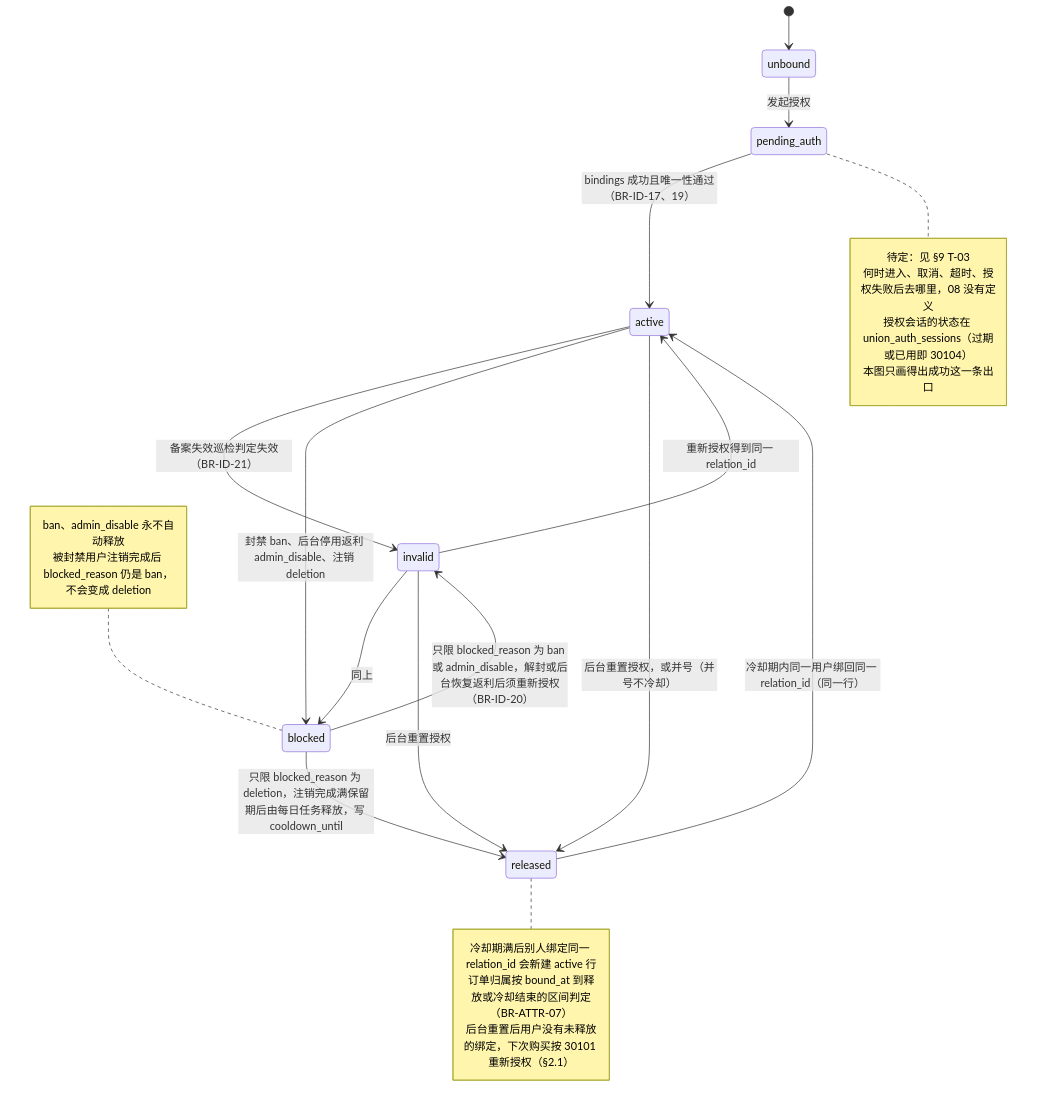
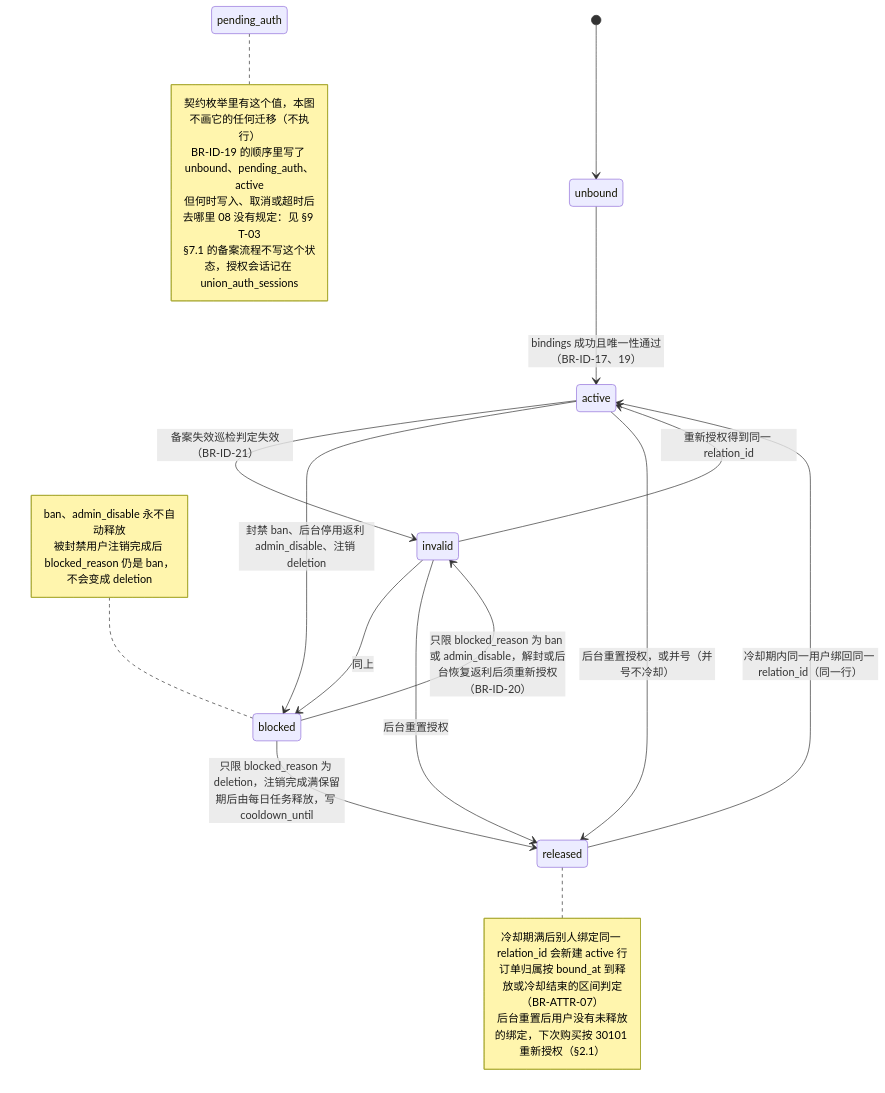
Diagram 40 of 41 in 规划/12_关键流程与状态图.md (zora4523-bot/couli), drawn with Mermaid before and after one commit. The commit also changed other lines of this file, not shown here.

Commit message:
docs(12): section 7.4, the undefined pending_auth transitions are removed (Codex round 3 R09)
The state stays in the diagram because it is a contract enum value, but
without any edge and with a note that it is not executed: 08 names the
order unbound, pending_auth, active yet never says when the state is
written or left (section 9 T-03). A successful binding goes from unbound
to active, matching section 7.1, which does not write pending_auth.

````diff
--- a/规划/12_关键流程与状态图.md
+++ b/规划/12_关键流程与状态图.md
@@ -2714,30 +2714,30 @@
 ```mermaid
 stateDiagram-v2
   [*] --> unbound
-  unbound --> pending_auth: 发起授权
-  pending_auth --> active: bindings 成功且唯一性通过（BR-ID-17、19）
+  unbound --> active: bindings 成功且唯一性通过（BR-ID-17、19）
   active --> invalid: 备案失效巡检判定失效（BR-ID-21）
   invalid --> active: 重新授权得到同一 relation_id
   active --> blocked: 封禁 ban、后台停用返利 admin_disable、注销 deletion
   invalid --> blocked: 同上
   blocked --> invalid: 只限 blocked_reason 为 ban 或 admin_disable，解封或后台恢复返利后须重新授权（BR-ID-20）
   blocked --> released: 只限 blocked_reason 为 deletion，注销完成满保留期后由每日任务释放，写 cooldown_until
   active --> released: 后台重置授权，或并号（并号不冷却）
   invalid --> released: 后台重置授权
   released --> active: 冷却期内同一用户绑回同一 relation_id（同一行）
+  pending_auth
   note right of pending_auth
-    待定：见 §9 T-03
-    何时进入、取消、超时、授权失败后去哪里，08 没有定义
-    授权会话的状态在 union_auth_sessions（过期或已用即 30104）
-    本图只画得出成功这一条出口
+    契约枚举里有这个值，本图不画它的任何迁移（不执行）
+    BR-ID-19 的顺序里写了 unbound、pending_auth、active
+    但何时写入、取消或超时后去哪里 08 没有规定：见 §9 T-03
+    §7.1 的备案流程不写这个状态，授权会话记在 union_auth_sessions
   end note
   note right of released
     冷却期满后别人绑定同一 relation_id 会新建 active 行
     订单归属按 bound_at 到释放或冷却结束的区间判定（BR-ATTR-07）
     后台重置后用户没有未释放的绑定，下次购买按 30101 重新授权（§2.1）
   end note
   note left of blocked
     ban、admin_disable 永不自动释放
     被封禁用户注销完成后 blocked_reason 仍是 ban，不会变成 deletion
   end note
 ```
````
